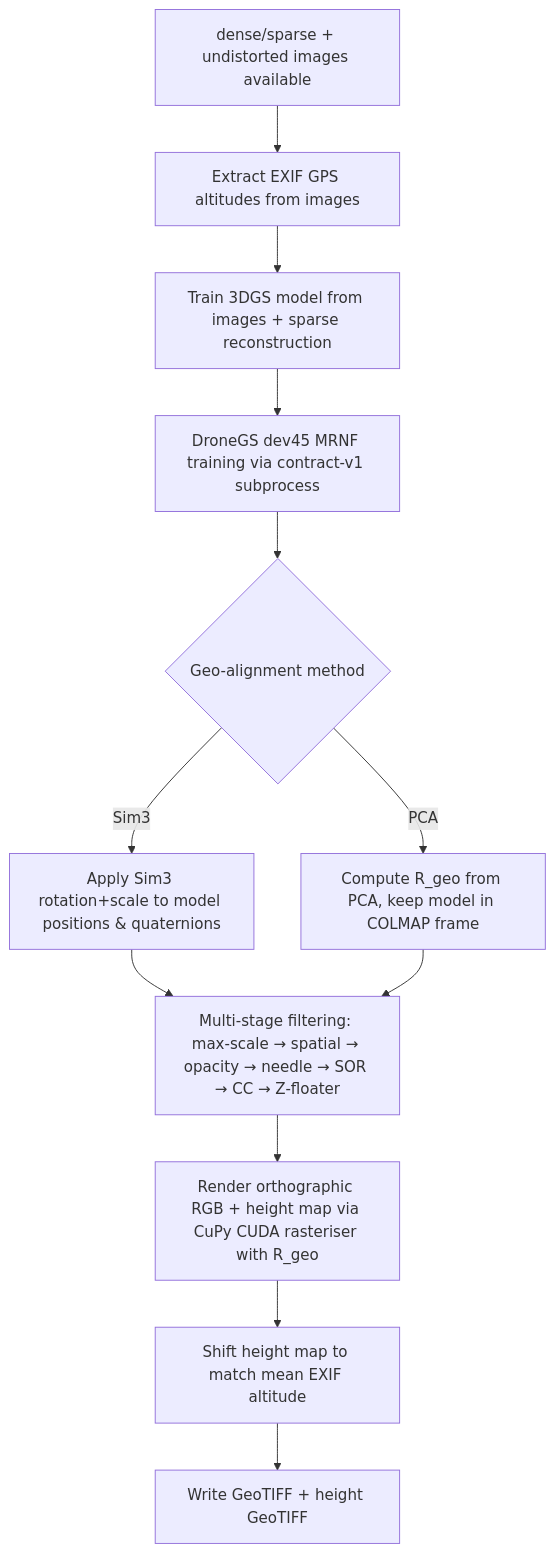
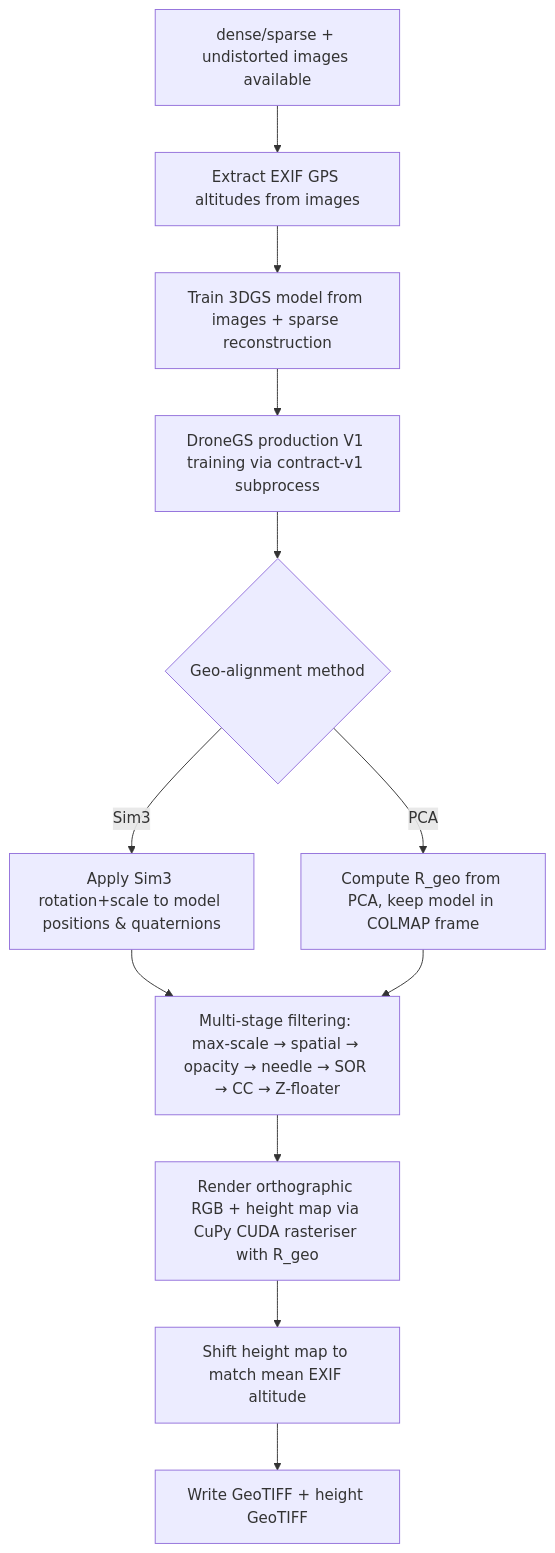
The fourth of 7 diagrams in DOCUMENTATION.md (olivelb/DroneAI), drawn with Mermaid before and after one commit. The commit also changed other lines of this file and 112 other files, not shown here.

Commit message:
Harden production alignment, DroneGS, and dashboard

````diff
--- a/DOCUMENTATION.md
+++ b/DOCUMENTATION.md
@@ -1084,14 +1142,14 @@
 ```mermaid
 flowchart TD
   A[dense/sparse + undistorted images available] --> C0[Extract EXIF GPS altitudes from images]
   C0 --> C[Train 3DGS model from images + sparse reconstruction]
-  C --> C1[DroneGS dev45 MRNF training via contract-v1 subprocess]
+  C --> C1[DroneGS production V1 training via contract-v1 subprocess]
   C1 --> C2{Geo-alignment method}
   C2 -->|Sim3| D1[Apply Sim3 rotation+scale to model positions & quaternions]
   C2 -->|PCA| D2[Compute R_geo from PCA, keep model in COLMAP frame]
   D1 --> D[Multi-stage filtering: max-scale → spatial → opacity → needle → SOR → CC → Z-floater]
   D2 --> D
   D --> E[Render orthographic RGB + height map via CuPy CUDA rasteriser with R_geo]
   E --> E1[Shift height map to match mean EXIF altitude]
   E1 --> H[Write GeoTIFF + height GeoTIFF]
 ```
````
